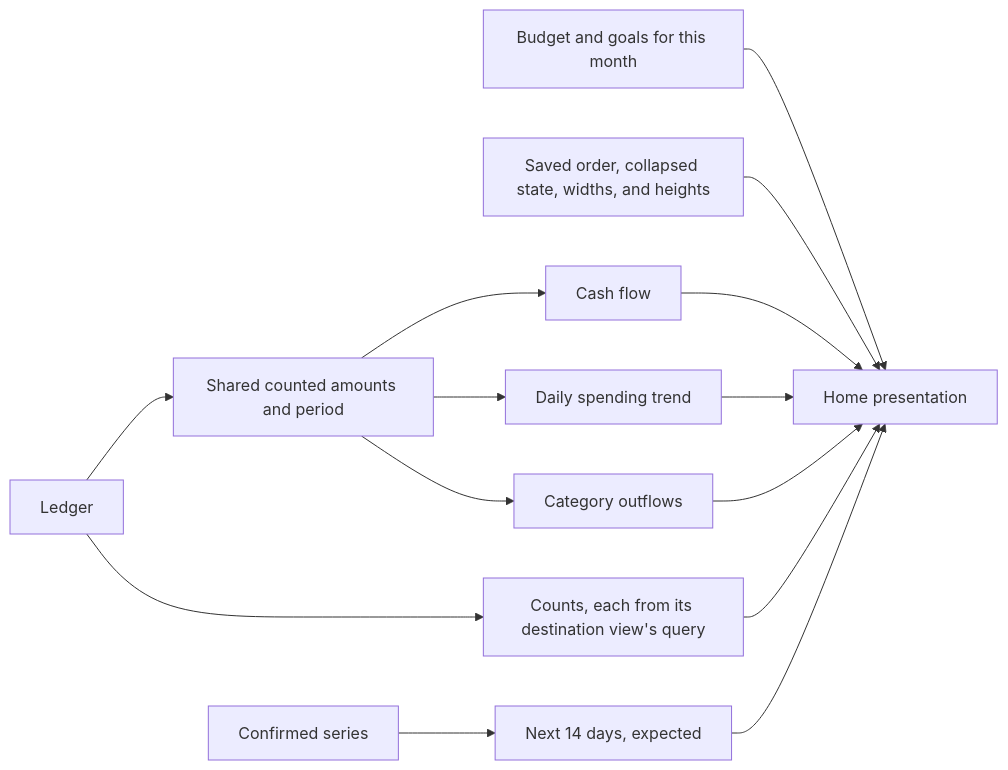
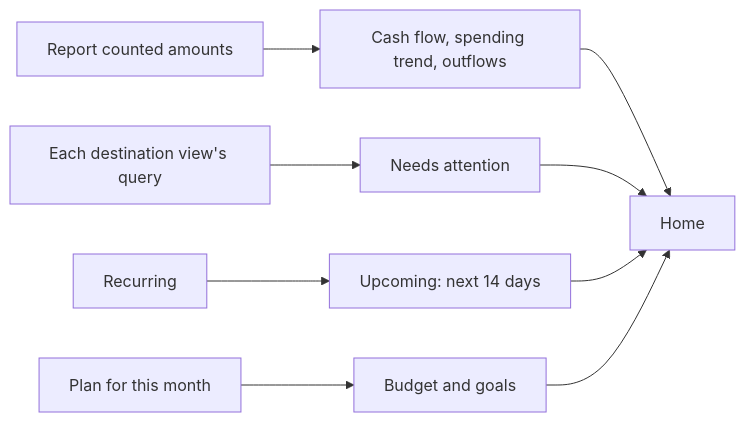
One commit to spinningyoyo/omsync changed the first of 2 diagrams in docs/architecture/dashboard.md. Above: the diagram before and after it, drawn with Mermaid. The commit also changed other lines of this file and 140 other files, not shown here.

First line of the commit message:
refactor: name the counterparty and each rule by its evidence

````diff
--- a/docs/architecture/dashboard.md
+++ b/docs/architecture/dashboard.md
@@ -78,16 +10,11 @@
 ```mermaid
 flowchart LR
-    Ledger --> Reports[Shared counted amounts and period]
-    Reports --> CashFlow[Cash flow]
-    Reports --> Trend[Daily spending trend]
-    Reports --> Outflows[Category outflows]
-    Ledger --> Attention[Counts, each from its destination view's query]
-    Recurring[Confirmed series] --> Upcoming[Next 14 days, expected]
-    Plan[Budget and goals for this month] --> Home
-    Layout[Saved order, collapsed state, widths, and heights] --> Home[Home presentation]
-    CashFlow --> Home
-    Trend --> Home
-    Outflows --> Home
+    Counted[Report counted amounts] --> Period[Cash flow, spending trend, outflows]
+    Views[Each destination view's query] --> Attention[Needs attention]
+    Recurring --> Upcoming[Upcoming: next 14 days]
+    Plan[Plan for this month] --> Cards[Budget and goals]
+    Period --> Home
     Attention --> Home
     Upcoming --> Home
+    Cards --> Home
 ```
````
